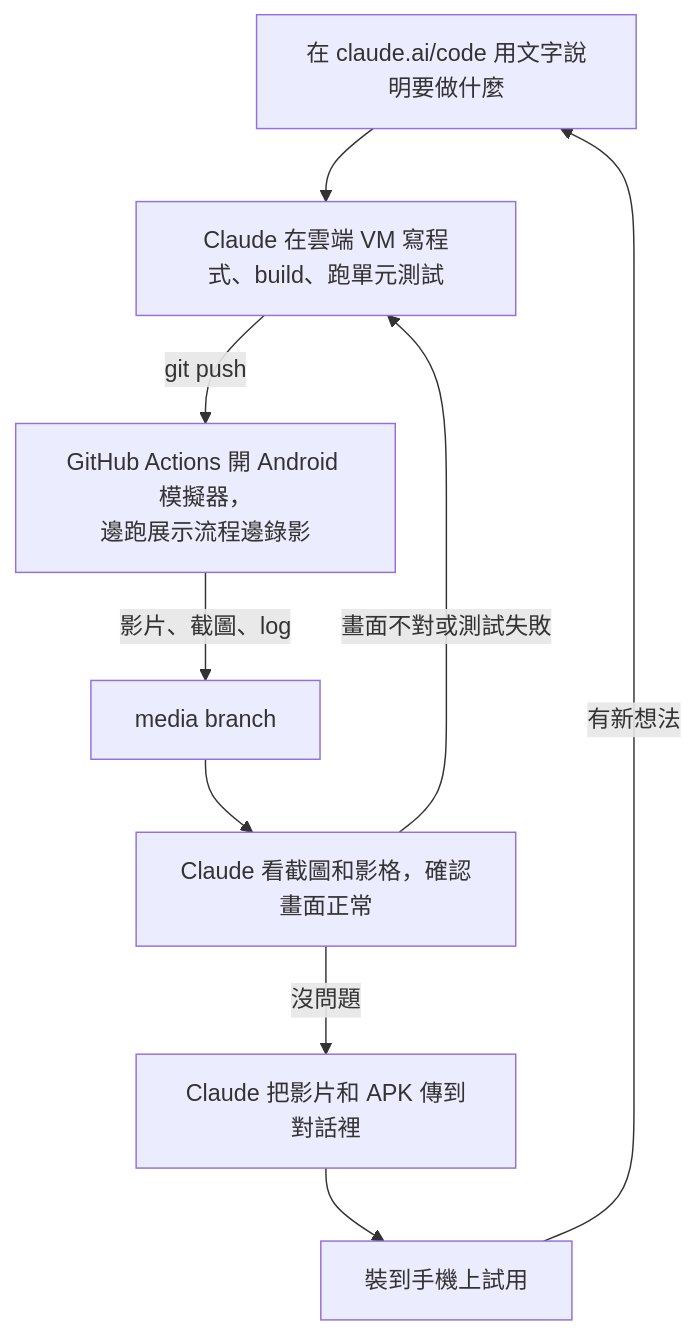
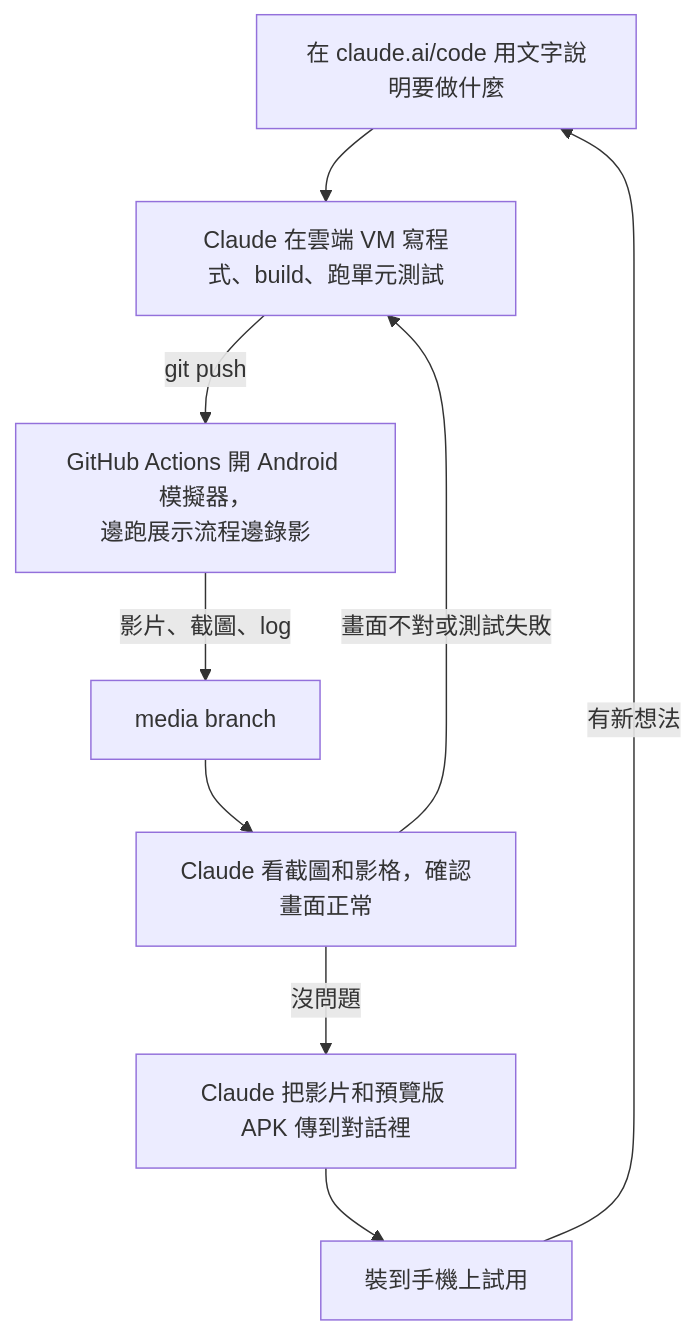
The diagram in README.md (twtrubiks/android-clock-standby), drawn with Mermaid before and after one commit. The commit also changed other lines of this file and 7 other files, not shown here.

````diff
--- a/README.md
+++ b/README.md
@@ -63,11 +65,11 @@
 ```mermaid
 flowchart TD
     A["在 claude.ai/code 用文字說明要做什麼"] --> B["Claude 在雲端 VM 寫程式、build、跑單元測試"]
     B -->|git push| C["GitHub Actions 開 Android 模擬器，<br>邊跑展示流程邊錄影"]
     C -->|影片、截圖、log| D["media branch"]
     D --> E["Claude 看截圖和影格，確認畫面正常"]
     E -->|畫面不對或測試失敗| B
-    E -->|沒問題| F["Claude 把影片和 APK 傳到對話裡"]
+    E -->|沒問題| F["Claude 把影片和預覽版 APK 傳到對話裡"]
     F --> G["裝到手機上試用"]
     G -->|有新想法| A
 ```
````
